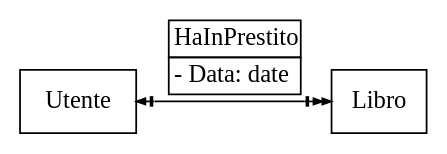
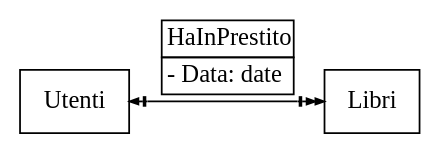
Before and after one commit to alek3y/cs: the fifth of 17 diagrams in src/ct0006-1/README.md, drawn with Graphviz. The commit also changed other lines of this file, not shown here.

````diff
--- a/src/ct0006-1/README.md
+++ b/src/ct0006-1/README.md
@@ -77,16 +77,16 @@
 ```dot process
 digraph {
 	rankdir=LR
 	node [shape=record]
 	edge [arrowsize=0.5 dir=both fontname="Times"]
-	Utente -> Libro [
+	Utenti -> Libri [
 		label=<<table border="0" cellborder="1" cellspacing="0">
 			<tr><td>HaInPrestito</td></tr>
 			<tr><td align="left">- Data: date</td></tr>
 			<tr><td border="0"></td></tr>
 		</table>>
 		arrowhead=normalnormalnonetee
 		arrowtail=normalnonetee
 	]
 }
 ```
````
